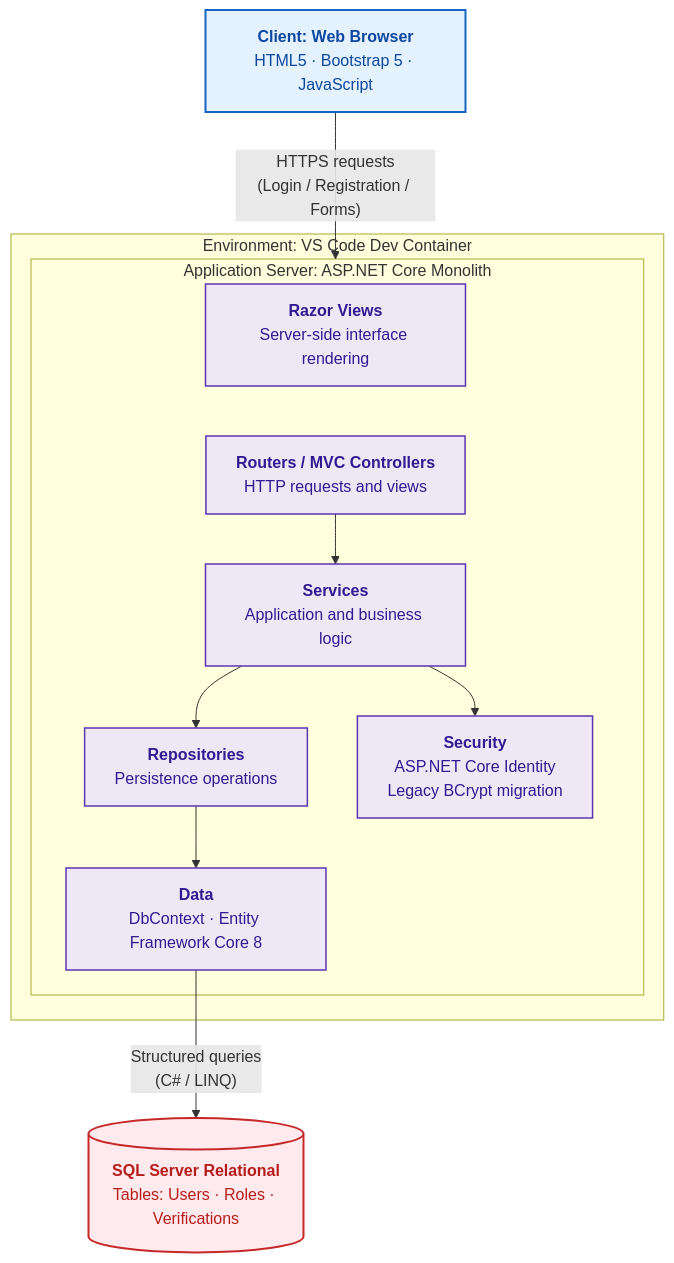
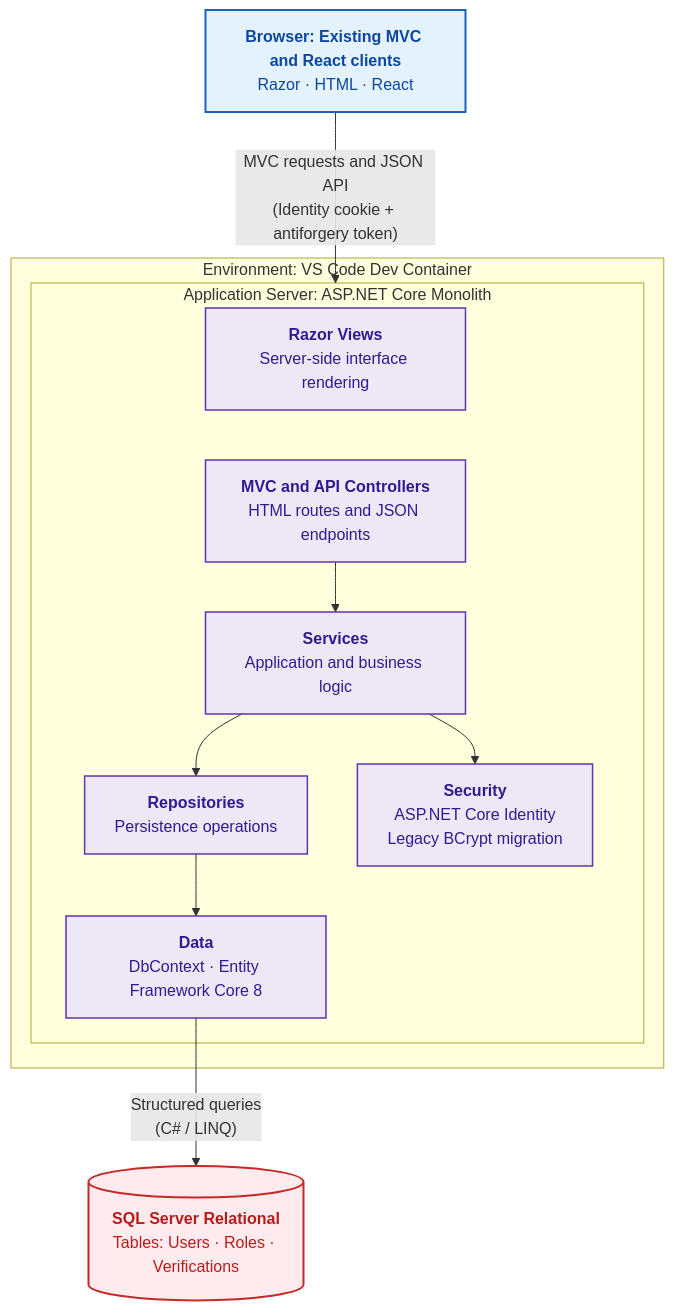
Before and after one commit to SaraCarmona03/VozUniversitaria: the first of 5 diagrams in architecture.md, drawn with Mermaid. The commit also changed other lines of this file and 3 other files, not shown here.

````diff
--- a/architecture.md
+++ b/architecture.md
@@ -106,33 +111,33 @@
 ```mermaid
 flowchart TD
-    A[" <b>Client: Web Browser</b><br/>HTML5 · Bootstrap 5 · JavaScript"]
+    A[" <b>Browser: Existing MVC and React clients</b><br/>Razor · HTML · React"]
 
     subgraph DC[" Environment: VS Code Dev Container"]
         subgraph S[" Application Server: ASP.NET Core Monolith"]
             V[" <b>Razor Views</b><br/>Server-side interface rendering"]
-            C[" <b>Routers / MVC Controllers</b><br/>HTTP requests and views"]
+            C[" <b>MVC and API Controllers</b><br/>HTML routes and JSON endpoints"]
             SVC[" <b>Services</b><br/>Application and business logic"]
             R[" <b>Repositories</b><br/>Persistence operations"]
             B[" <b>Security</b><br/>ASP.NET Core Identity<br/>Legacy BCrypt migration"]
             D[" <b>Data</b><br/>DbContext · Entity Framework Core 8"]
         end
     end
 
     DB[(" <b>SQL Server Relational</b><br/>Tables: Users · Roles · Verifications")]
 
-    A -- "HTTPS requests<br/>(Login / Registration / Forms)" --> S
+    A -- "MVC requests and JSON API<br/>(Identity cookie + antiforgery token)" --> S
     S --- V
     S --- C
     C --> SVC
     SVC --> B
     SVC --> R
     R --> D
     D -- "Structured queries<br/>(C# / LINQ)" --> DB
 
     classDef client fill:#e3f2fd,stroke:#1565c0,stroke-width:2px,color:#0d47a1;
     classDef app fill:#ede7f6,stroke:#5e35b1,stroke-width:1.5px,color:#311b92;
     classDef db fill:#ffebee,stroke:#c62828,stroke-width:2px,color:#b71c1c;
     class A client;
     class V,C,SVC,R,B,D app;
     class DB db;
 ```
````
